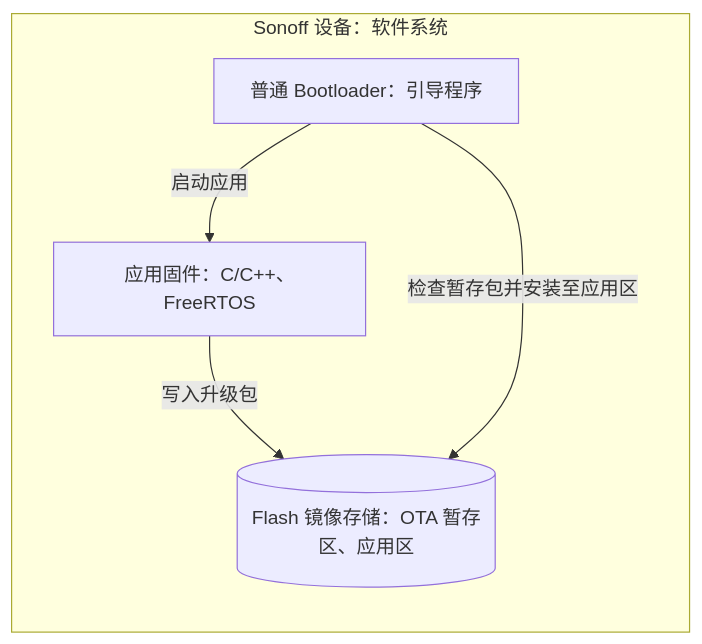
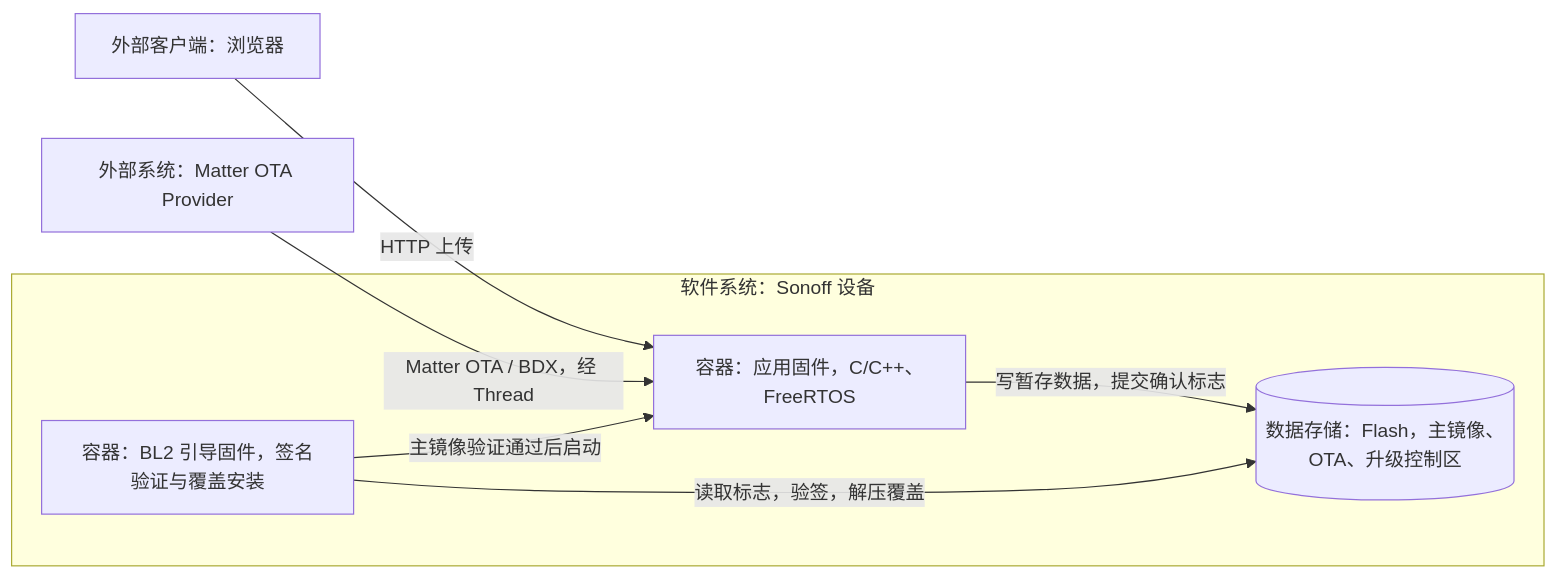
The first of 5 diagrams in docs/ota.md (dragonxiaoex/bk7239), drawn with Mermaid before and after one commit. The commit also changed other lines of this file and 13 other files, not shown here.

````diff
--- a/docs/ota.md
+++ b/docs/ota.md
@@ -20,11 +17,15 @@
 ```mermaid
 flowchart LR
-    subgraph device ["Sonoff 设备：软件系统"]
-        firmware["应用固件：C/C++、FreeRTOS"]
-        loader["普通 Bootloader：引导程序"]
-        imageStore[("Flash 镜像存储：OTA 暂存区、应用区")]
+    browser["外部客户端：浏览器"]
+    provider["外部系统：Matter OTA Provider"]
+    subgraph device ["软件系统：Sonoff 设备"]
+        firmware["容器：应用固件，C/C++、FreeRTOS"]
+        loader["容器：BL2 引导固件，签名验证与覆盖安装"]
+        imageStore[("数据存储：Flash，主镜像、OTA、升级控制区")]
     end
-    firmware -->|"写入升级包"| imageStore
-    loader -->|"检查暂存包并安装至应用区"| imageStore
-    loader -->|"启动应用"| firmware
+    browser -->|"HTTP 上传"| firmware
+    provider -->|"Matter OTA / BDX，经 Thread"| firmware
+    firmware -->|"写暂存数据，提交确认标志"| imageStore
+    loader -->|"读取标志，验签，解压覆盖"| imageStore
+    loader -->|"主镜像验证通过后启动"| firmware
 ```
````
